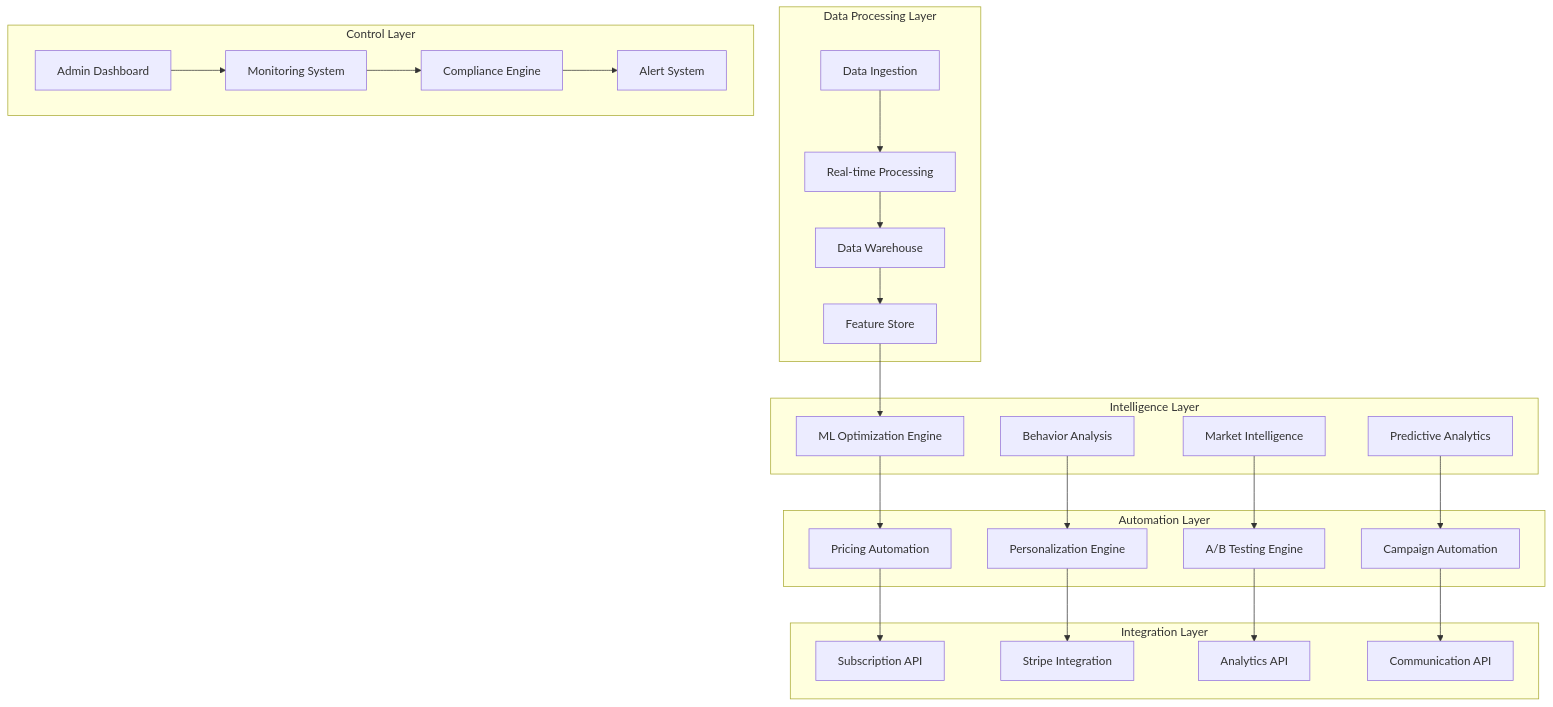
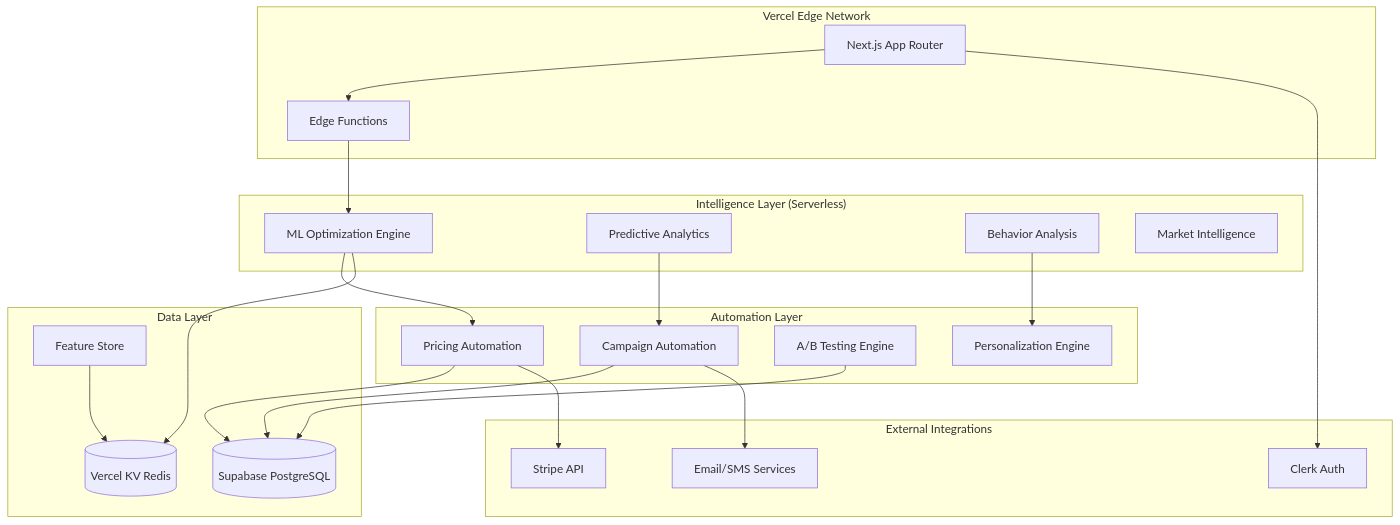
The first of 3 diagrams in .kiro/specs/managed-dynamic-pricing-subscription-marketing/design.md (EtherealVisions/c9d-ai), drawn with Mermaid before and after one commit. The commit also changed other lines of this file and 52 other files, not shown here.

````diff
--- a/.kiro/specs/managed-dynamic-pricing-subscription-marketing/design.md
+++ b/.kiro/specs/managed-dynamic-pricing-subscription-marketing/design.md
@@ -13,56 +53,50 @@
 ```mermaid
 graph TB
-    subgraph "Intelligence Layer"
+    subgraph "Vercel Edge Network"
+        EdgeFunctions[Edge Functions]
+        NextJSApp[Next.js App Router]
+    end
+    
+    subgraph "Intelligence Layer (Serverless)"
         MLEngine[ML Optimization Engine]
         PredictiveAnalytics[Predictive Analytics]
         BehaviorAnalysis[Behavior Analysis]
         MarketIntelligence[Market Intelligence]
     end
     
     subgraph "Automation Layer"
         PricingAutomation[Pricing Automation]
         CampaignAutomation[Campaign Automation]
         ExperimentationEngine[A/B Testing Engine]
         PersonalizationEngine[Personalization Engine]
     end
     
-    subgraph "Data Processing Layer"
-        DataIngestion[Data Ingestion]
-        RealTimeProcessing[Real-time Processing]
-        DataWarehouse[Data Warehouse]
+    subgraph "Data Layer"
+        Supabase[(Supabase PostgreSQL)]
+        RedisCache[(Vercel KV Redis)]
         FeatureStore[Feature Store]
     end
     
-    subgraph "Integration Layer"
-        SubscriptionAPI[Subscription API]
-        StripeIntegration[Stripe Integration]
-        AnalyticsAPI[Analytics API]
-        CommunicationAPI[Communication API]
+    subgraph "External Integrations"
+        Stripe[Stripe API]
+        ClerkAuth[Clerk Auth]
+        Communications[Email/SMS Services]
     end
     
-    subgraph "Control Layer"
-        AdminDashboard[Admin Dashboard]
-        MonitoringSystem[Monitoring System]
-        ComplianceEngine[Compliance Engine]
-        AlertSystem[Alert System]
-    end
-    
+    NextJSApp --> EdgeFunctions
+    EdgeFunctions --> MLEngine
     MLEngine --> PricingAutomation
     PredictiveAnalytics --> CampaignAutomation
     BehaviorAnalysis --> PersonalizationEngine
-    MarketIntelligence --> ExperimentationEngine
     
-    DataIngestion --> RealTimeProcessing
-    RealTimeProcessing --> DataWarehouse
-    DataWarehouse --> FeatureStore
-    FeatureStore --> MLEngine
+    PricingAutomation --> Supabase
+    CampaignAutomation --> Supabase
+    ExperimentationEngine --> Supabase
     
-    PricingAutomation --> SubscriptionAPI
-    CampaignAutomation --> CommunicationAPI
-    ExperimentationEngine --> AnalyticsAPI
-    PersonalizationEngine --> StripeIntegration
+    MLEngine --> RedisCache
+    FeatureStore --> RedisCache
     
-    AdminDashboard --> MonitoringSystem
-    MonitoringSystem --> ComplianceEngine
-    ComplianceEngine --> AlertSystem
+    PricingAutomation --> Stripe
+    NextJSApp --> ClerkAuth
+    CampaignAutomation --> Communications
 ```
````
